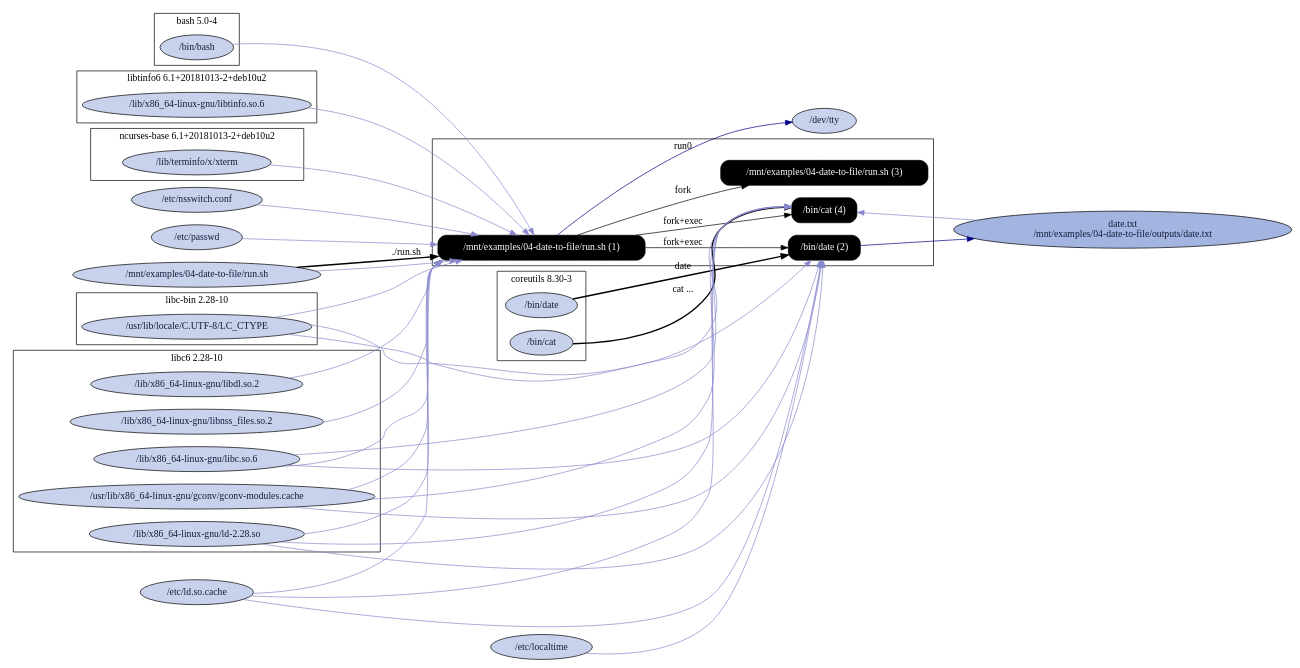
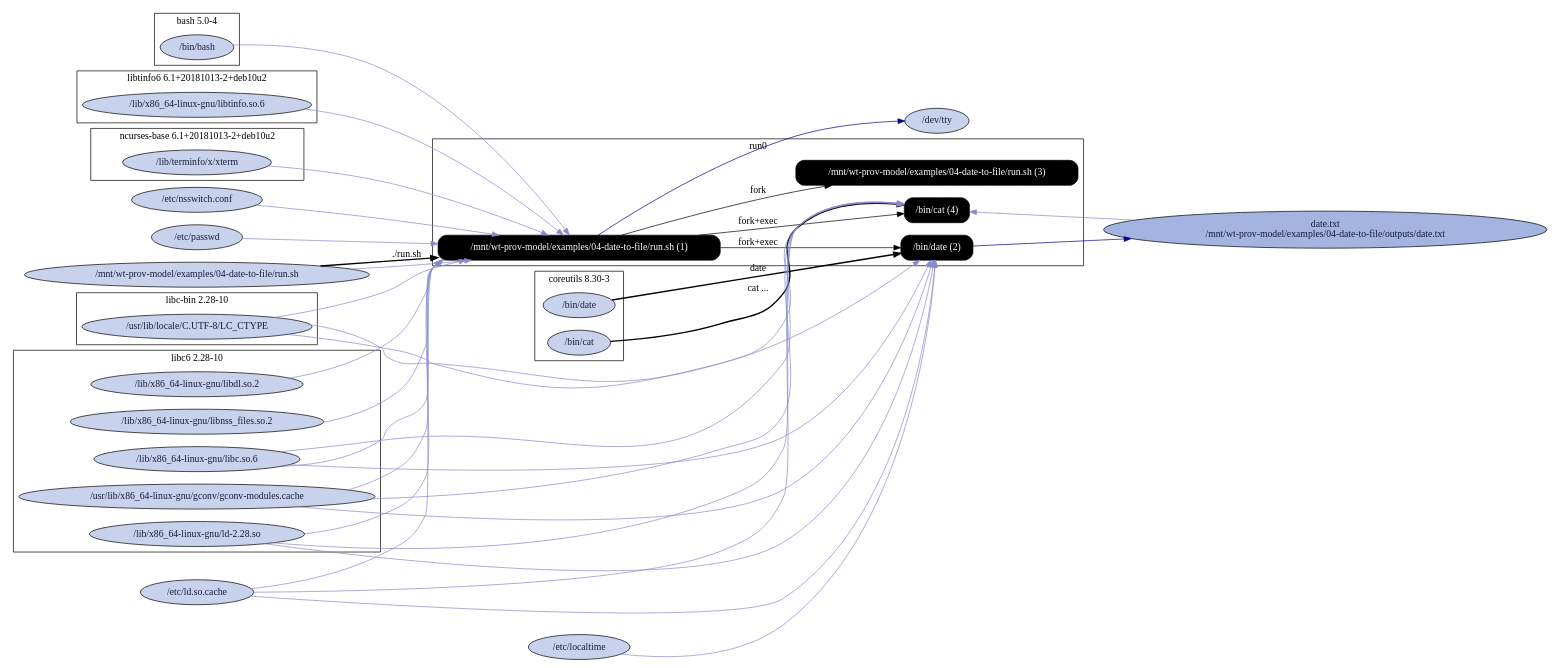
Before and after one commit to CIRSS/cpr: the diagram in examples/04-date-to-file/graphs/rpz_E_processes_with_all_files_and_packages.dot, drawn with Graphviz. The commit also changed 106 other files, not shown here.

```diff
--- a/examples/04-date-to-file/graphs/rpz_E_processes_with_all_files_and_packages.dot
+++ b/examples/04-date-to-file/graphs/rpz_E_processes_with_all_files_and_packages.dot
@@ -1,89 +1,89 @@
 digraph G {
     rankdir=LR;
 
     /* programs */
     node [shape=box fontcolor=white fillcolor=black style="filled,rounded"];
     subgraph cluster_run0 {
         label="run0";
-        prog0 [label="/mnt/examples/04-date-to-file/run.sh (1)"];
+        prog0 [label="/mnt/wt-prov-model/examples/04-date-to-file/run.sh (1)"];
         prog1 [label="/bin/date (2)"];
         prog0 -> prog1 [label="fork+exec"];
-        prog2 [label="/mnt/examples/04-date-to-file/run.sh (3)"];
+        prog2 [label="/mnt/wt-prov-model/examples/04-date-to-file/run.sh (3)"];
         prog0 -> prog2 [label="fork"];
         prog3 [label="/bin/cat (4)"];
         prog0 -> prog3 [label="fork+exec"];
     }
 
     node [shape=ellipse fontcolor="#131C39" fillcolor="#C9D2ED"];
 
     /* system packages */
     subgraph cluster_pkg0 {
         label="bash 5.0-4";
         "/bin/bash";
     }
     subgraph cluster_pkg1 {
         label="coreutils 8.30-3";
         "/bin/cat";
         "/bin/date";
     }
     subgraph cluster_pkg2 {
         label="libc-bin 2.28-10";
         "/usr/lib/locale/C.UTF-8/LC_CTYPE";
     }
     subgraph cluster_pkg3 {
         label="libc6 2.28-10";
         "/lib/x86_64-linux-gnu/ld-2.28.so";
         "/lib/x86_64-linux-gnu/libc.so.6";
         "/lib/x86_64-linux-gnu/libdl.so.2";
         "/lib/x86_64-linux-gnu/libnss_files.so.2";
         "/usr/lib/x86_64-linux-gnu/gconv/gconv-modules.cache";
     }
     subgraph cluster_pkg4 {
         label="libtinfo6 6.1+20181013-2+deb10u2";
         "/lib/x86_64-linux-gnu/libtinfo.so.6";
     }
     subgraph cluster_pkg5 {
         label="ncurses-base 6.1+20181013-2+deb10u2";
         "/lib/terminfo/x/xterm";
     }
 
     /* other files */
     "/dev/tty";
     "/etc/ld.so.cache";
     "/etc/localtime";
     "/etc/nsswitch.conf";
     "/etc/passwd";
-    "/mnt/examples/04-date-to-file/outputs/date.txt" [fillcolor="#A3B4E0", label="date.txt\n/mnt/examples/04-date-to-file/outputs/date.txt"];
-    "/mnt/examples/04-date-to-file/run.sh";
+    "/mnt/wt-prov-model/examples/04-date-to-file/outputs/date.txt" [fillcolor="#A3B4E0", label="date.txt\n/mnt/wt-prov-model/examples/04-date-to-file/outputs/date.txt"];
+    "/mnt/wt-prov-model/examples/04-date-to-file/run.sh";
 
-    "/mnt/examples/04-date-to-file/run.sh" -> prog0 [style=bold, label="./run.sh"];
+    "/mnt/wt-prov-model/examples/04-date-to-file/run.sh" -> prog0 [style=bold, label="./run.sh"];
     "/bin/bash" -> prog0 [color="#8888CC"];
     "/lib/x86_64-linux-gnu/ld-2.28.so" -> prog0 [color="#8888CC"];
     "/etc/ld.so.cache" -> prog0 [color="#8888CC"];
     "/lib/x86_64-linux-gnu/libtinfo.so.6" -> prog0 [color="#8888CC"];
     "/lib/x86_64-linux-gnu/libdl.so.2" -> prog0 [color="#8888CC"];
     "/lib/x86_64-linux-gnu/libc.so.6" -> prog0 [color="#8888CC"];
     prog0 -> "/dev/tty" [color="#000088"];
     "/usr/lib/locale/C.UTF-8/LC_CTYPE" -> prog0 [color="#8888CC"];
     "/usr/lib/x86_64-linux-gnu/gconv/gconv-modules.cache" -> prog0 [color="#8888CC"];
     "/etc/nsswitch.conf" -> prog0 [color="#8888CC"];
     "/lib/x86_64-linux-gnu/libnss_files.so.2" -> prog0 [color="#8888CC"];
     "/etc/passwd" -> prog0 [color="#8888CC"];
-    "/mnt/examples/04-date-to-file/run.sh" -> prog0 [color="#8888CC"];
-    prog1 -> "/mnt/examples/04-date-to-file/outputs/date.txt" [color="#000088"];
+    "/mnt/wt-prov-model/examples/04-date-to-file/run.sh" -> prog0 [color="#8888CC"];
+    prog1 -> "/mnt/wt-prov-model/examples/04-date-to-file/outputs/date.txt" [color="#000088"];
     "/bin/date" -> prog1 [style=bold, label="date"];
     "/lib/x86_64-linux-gnu/ld-2.28.so" -> prog1 [color="#8888CC"];
     "/etc/ld.so.cache" -> prog1 [color="#8888CC"];
     "/lib/x86_64-linux-gnu/libc.so.6" -> prog1 [color="#8888CC"];
     "/usr/lib/locale/C.UTF-8/LC_CTYPE" -> prog1 [color="#8888CC"];
     "/usr/lib/x86_64-linux-gnu/gconv/gconv-modules.cache" -> prog1 [color="#8888CC"];
     "/etc/localtime" -> prog1 [color="#8888CC"];
     "/lib/terminfo/x/xterm" -> prog0 [color="#8888CC"];
     "/bin/cat" -> prog3 [style=bold, label="cat ..."];
     "/lib/x86_64-linux-gnu/ld-2.28.so" -> prog3 [color="#8888CC"];
     "/etc/ld.so.cache" -> prog3 [color="#8888CC"];
     "/lib/x86_64-linux-gnu/libc.so.6" -> prog3 [color="#8888CC"];
     "/usr/lib/locale/C.UTF-8/LC_CTYPE" -> prog3 [color="#8888CC"];
     "/usr/lib/x86_64-linux-gnu/gconv/gconv-modules.cache" -> prog3 [color="#8888CC"];
-    "/mnt/examples/04-date-to-file/outputs/date.txt" -> prog3 [color="#8888CC"];
+    "/mnt/wt-prov-model/examples/04-date-to-file/outputs/date.txt" -> prog3 [color="#8888CC"];
 }
```
